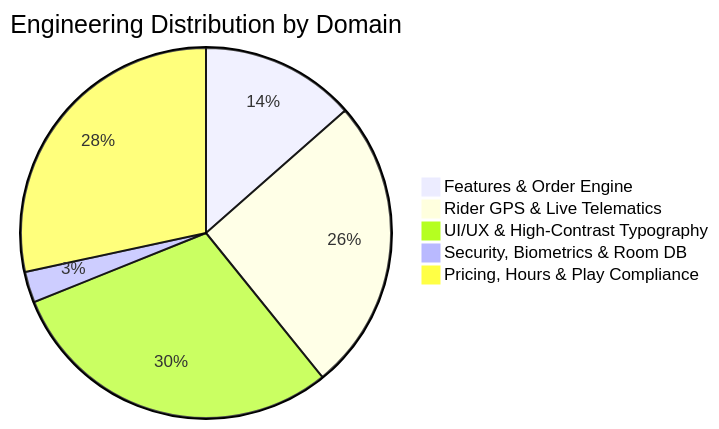
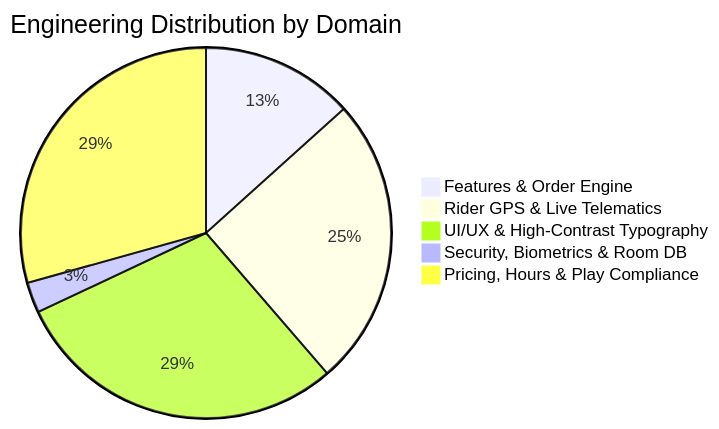
One commit to daniyal44/Zyphuel-App changed the second of 2 diagrams in README.md. Above: the diagram before and after it, drawn with Mermaid. The commit also changed other lines of this file, not shown here.

Commit message:
chore(dashboard): sync code-based velocity graph with release v2.6.4.0.0.24

````diff
--- a/README.md
+++ b/README.md
@@ -69,8 +69,8 @@
 ```mermaid
 pie title Engineering Distribution by Domain
     "Features & Order Engine" : 10
     "Rider GPS & Live Telematics" : 19
     "UI/UX & High-Contrast Typography" : 22
     "Security, Biometrics & Room DB" : 2
-    "Pricing, Hours & Play Compliance" : 21
+    "Pricing, Hours & Play Compliance" : 22
 ```
````
